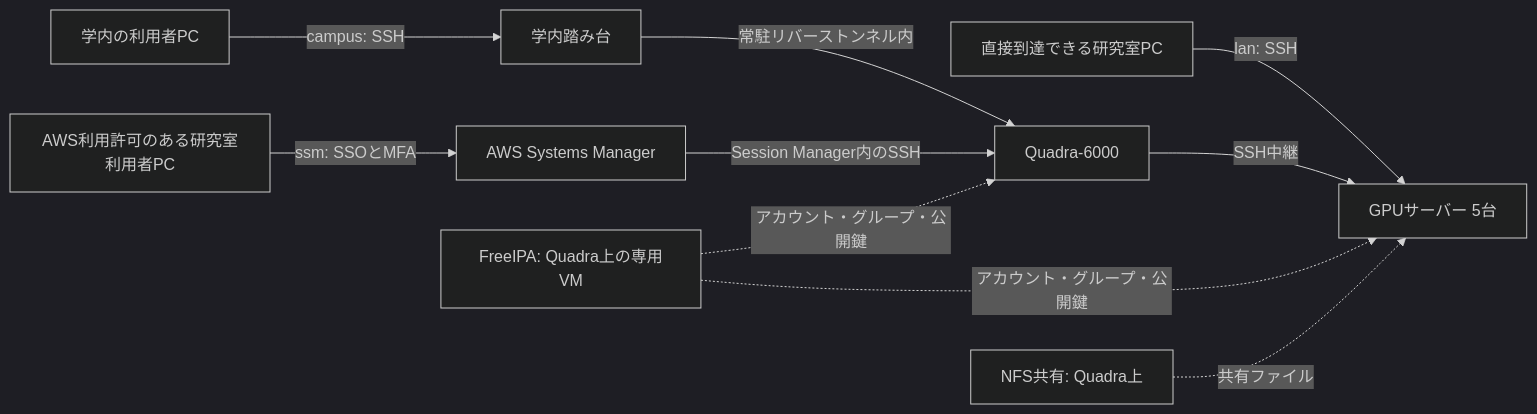
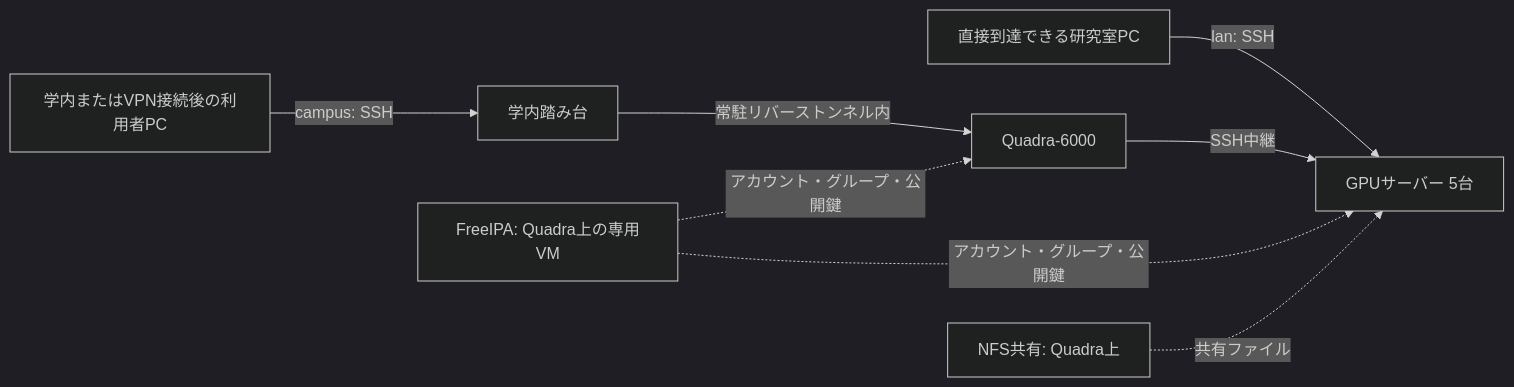
One commit to MinoruNakazawa/server-user-guide-nakalab changed the diagram in docs/system-overview.md. Above: the diagram before and after it, drawn with Mermaid (dark theme). The commit also changed other lines of this file and 12 other files, not shown here.

````diff
--- a/docs/system-overview.md
+++ b/docs/system-overview.md
@@ -11,12 +11,10 @@
 ```mermaid
 flowchart LR
     LAN[直接到達できる研究室PC] -->|lan: SSH| GPU[GPUサーバー 5台]
-    CAMPUS[学内の利用者PC] -->|campus: SSH| JUMP[学内踏み台]
+    CAMPUS[学内またはVPN接続後の利用者PC] -->|campus: SSH| JUMP[学内踏み台]
     JUMP -->|常駐リバーストンネル内| Q[Quadra-6000]
-    REMOTE[AWS利用許可のある研究室利用者PC] -->|ssm: SSOとMFA| AWS[AWS Systems Manager]
-    AWS -->|Session Manager内のSSH| Q
     Q -->|SSH中継| GPU
     IPA[FreeIPA: Quadra上の専用VM] -.->|アカウント・グループ・公開鍵| Q
     IPA -.->|アカウント・グループ・公開鍵| GPU
     NFS[NFS共有: Quadra上] -.->|共有ファイル| GPU
 ```
````
